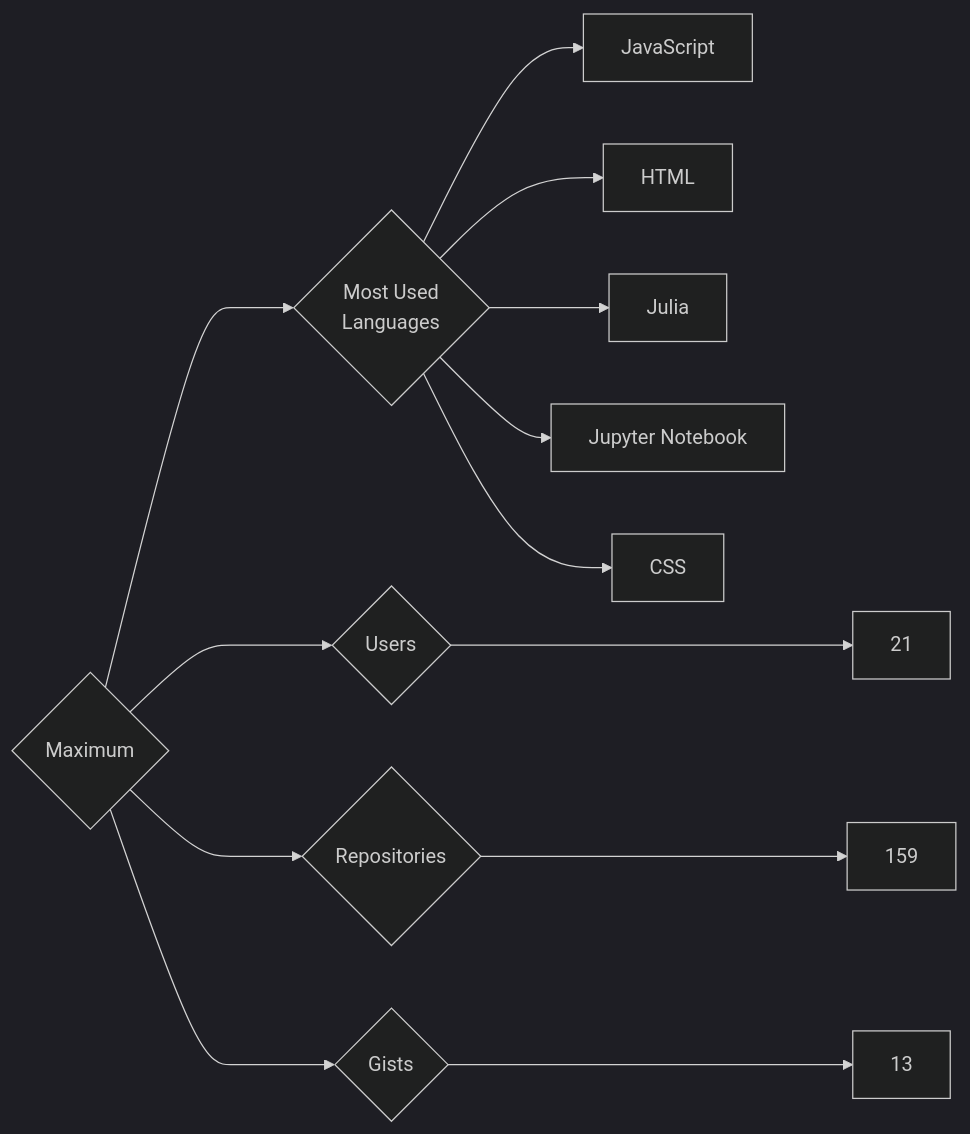
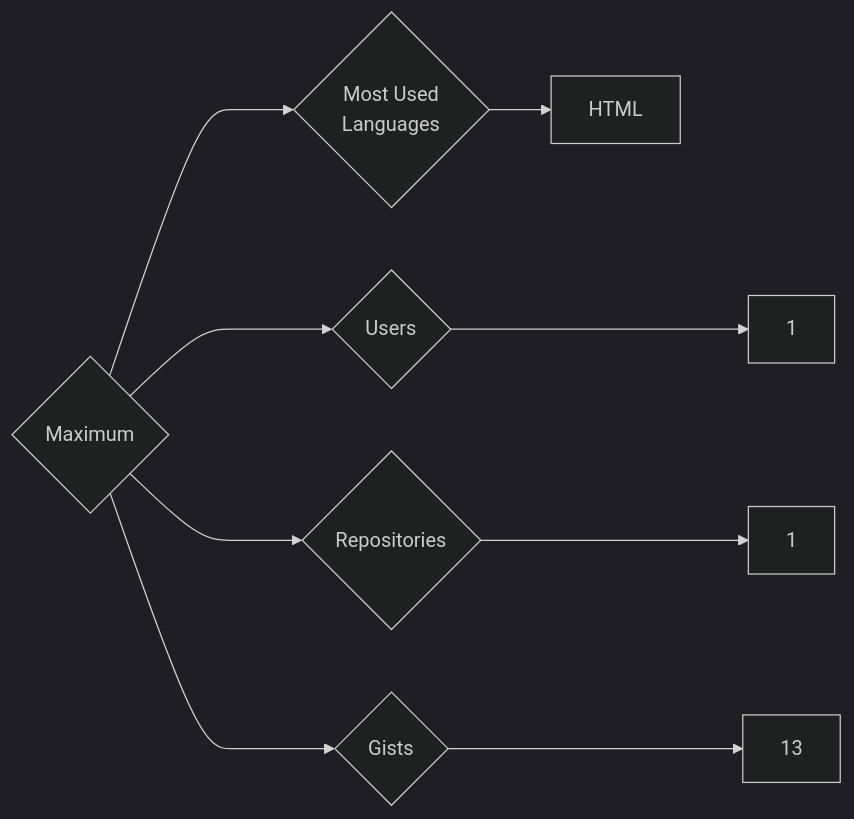
One commit to trickest/insiders changed the diagram in targets/Maximum/README.md. Above: the diagram before and after it, drawn with Mermaid (dark theme). The commit also changed 976 other files, not shown here.

````diff
--- a/targets/Maximum/README.md
+++ b/targets/Maximum/README.md
@@ -3,13 +3,9 @@
 ```mermaid
 graph LR
 COMPANY_NAME{Maximum}
-COMPANY_NAME ---> U{Users} ---> UN[21]
-COMPANY_NAME ---> R{Repositories} ---> RN[159]
+COMPANY_NAME ---> U{Users} ---> UN[1]
+COMPANY_NAME ---> R{Repositories} ---> RN[1]
 COMPANY_NAME ---> G{Gists} ---> GN[13]
 COMPANY_NAME ---> ML{Most Used<br>Languages}
-ML --> JavaScript[JavaScript]
 ML --> HTML[HTML]
-ML --> Julia[Julia]
-ML --> Jupyter_Notebook[Jupyter Notebook]
-ML --> CSS[CSS]
 ```
````
